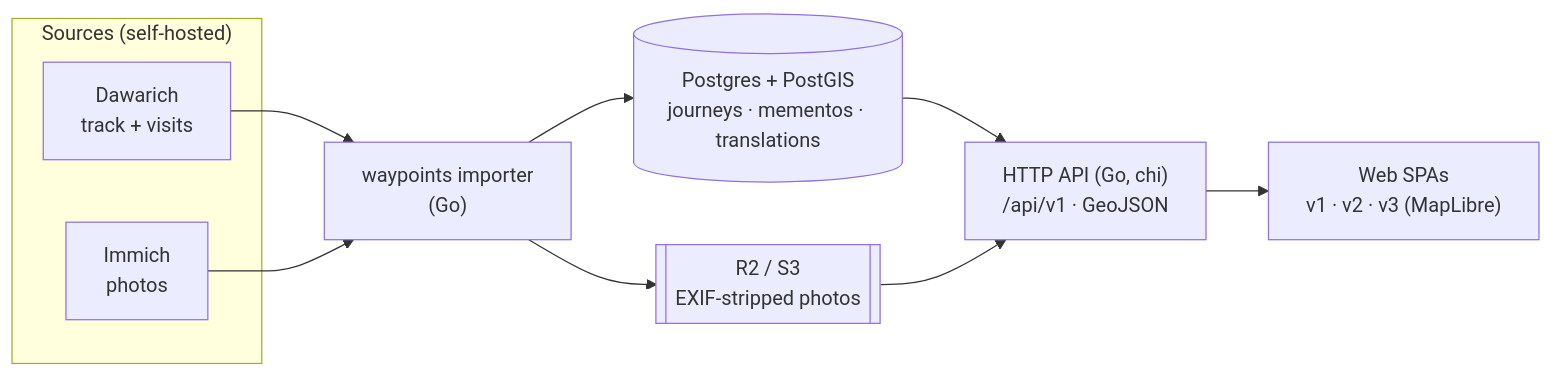
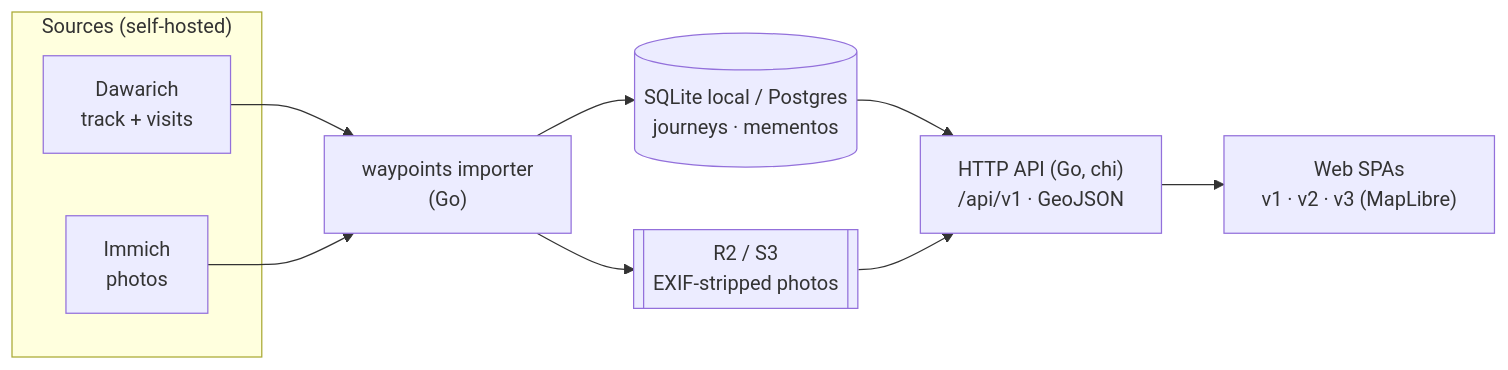
The diagram in README.md (azusachino/felicia), drawn with Mermaid before and after one commit. The commit also changed other lines of this file and 70 other files, not shown here.

````diff
--- a/README.md
+++ b/README.md
@@ -49,13 +49,13 @@
 ```mermaid
 flowchart LR
   subgraph S["Sources (self-hosted)"]
     daw["Dawarich\ntrack + visits"]
     imm["Immich\nphotos"]
   end
   daw & imm --> imp["waypoints importer\n(Go)"]
-  imp --> db[("Postgres + PostGIS\njourneys · mementos · translations")]
+  imp --> db[("SQLite local / Postgres\njourneys · mementos")]
   imp --> r2[["R2 / S3\nEXIF-stripped photos"]]
   db --> api["HTTP API (Go, chi)\n/api/v1 · GeoJSON"]
   r2 --> api
   api --> web["Web SPAs\nv1 · v2 · v3 (MapLibre)"]
 ```
````
